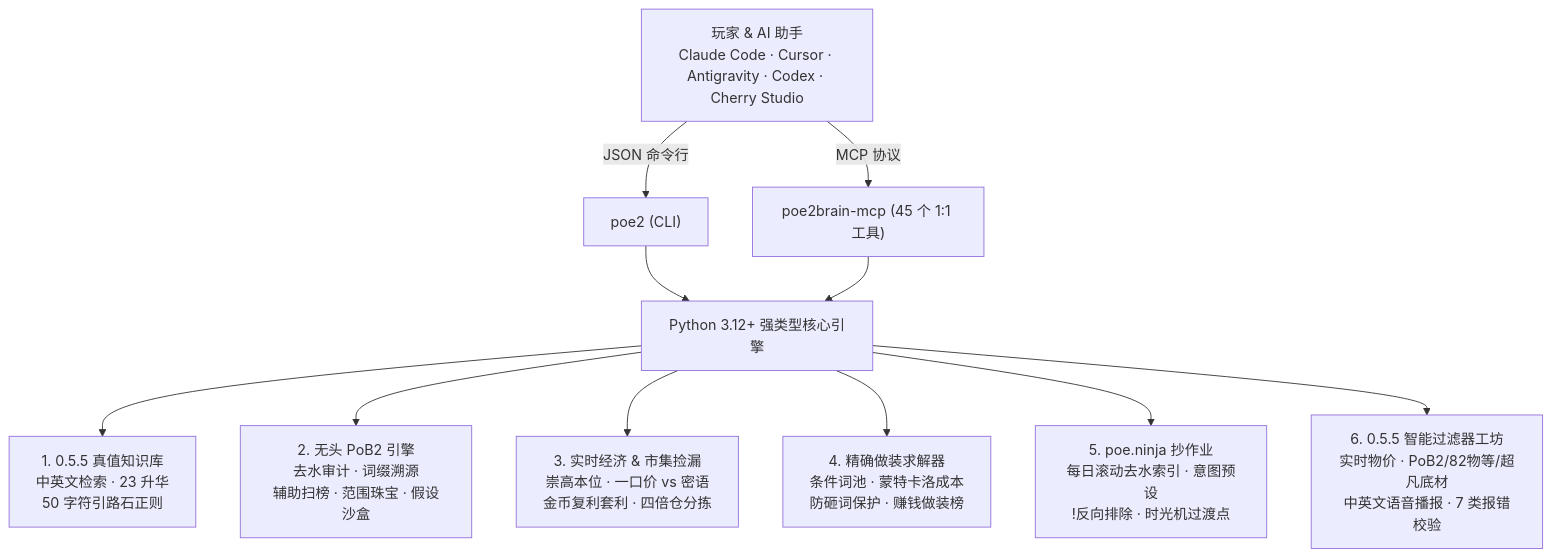
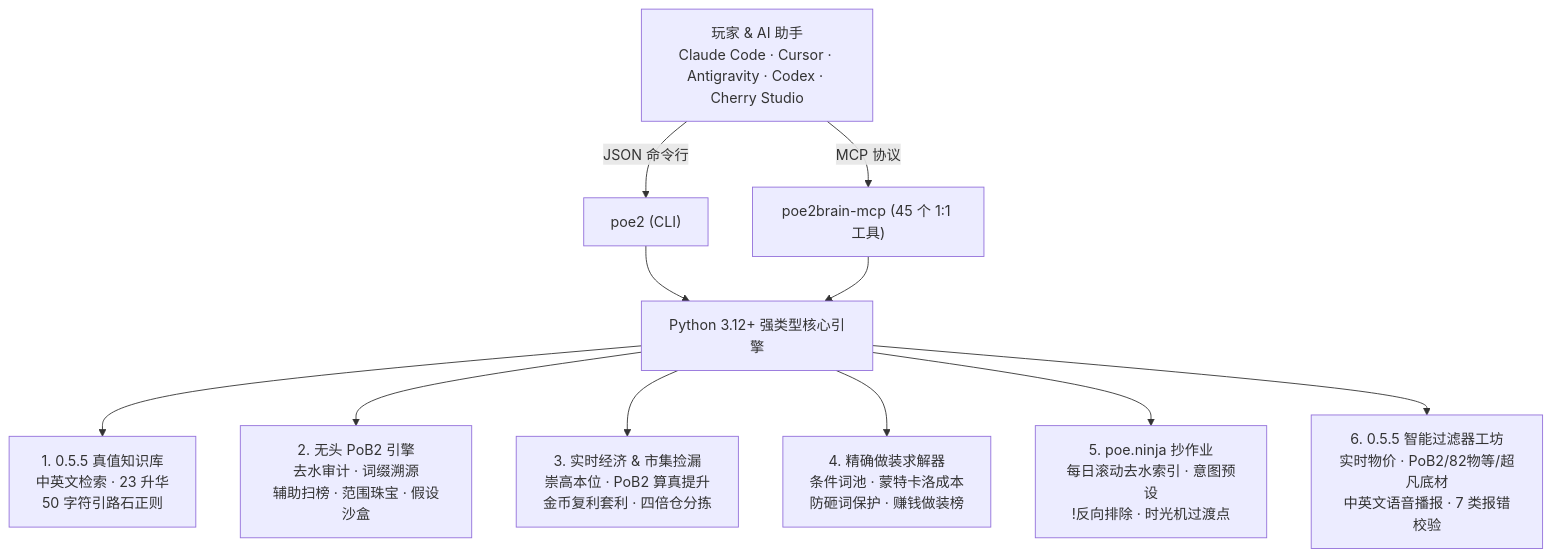
One commit to lifan-builds/poe2brain changed the diagram in README_ZH.md. Above: the diagram before and after it, drawn with Mermaid. The commit also changed other lines of this file and 5 other files, not shown here.

````diff
--- a/README_ZH.md
+++ b/README_ZH.md
@@ -116,15 +116,15 @@
 ```mermaid
 flowchart TB
     A["玩家 & AI 助手<br/>Claude Code · Cursor · Antigravity · Codex · Cherry Studio"]
     A -->|JSON 命令行| CLI["poe2 (CLI)"]
     A -->|MCP 协议| MCP["poe2brain-mcp (45 个 1:1 工具)"]
     CLI --> CORE["Python 3.12+ 强类型核心引擎"]
     MCP --> CORE
 
     CORE --> P1["1. 0.5.5 真值知识库<br/>中英文检索 · 23 升华<br/>50 字符引路石正则"]
     CORE --> P2["2. 无头 PoB2 引擎<br/>去水审计 · 词缀溯源<br/>辅助扫榜 · 范围珠宝 · 假设沙盒"]
-    CORE --> P3["3. 实时经济 & 市集捡漏<br/>崇高本位 · 一口价 vs 密语<br/>金币复利套利 · 四倍仓分拣"]
+    CORE --> P3["3. 实时经济 & 市集捡漏<br/>崇高本位 · PoB2 算真提升<br/>金币复利套利 · 四倍仓分拣"]
     CORE --> P4["4. 精确做装求解器<br/>条件词池 · 蒙特卡洛成本<br/>防砸词保护 · 赚钱做装榜"]
     CORE --> P5["5. poe.ninja 抄作业<br/>每日滚动去水索引 · 意图预设<br/>!反向排除 · 时光机过渡点"]
     CORE --> P6["6. 0.5.5 智能过滤器工坊<br/>实时物价 · PoB2/82物等/超凡底材<br/>中英文语音播报 · 7 类报错校验"]
 ```
````
